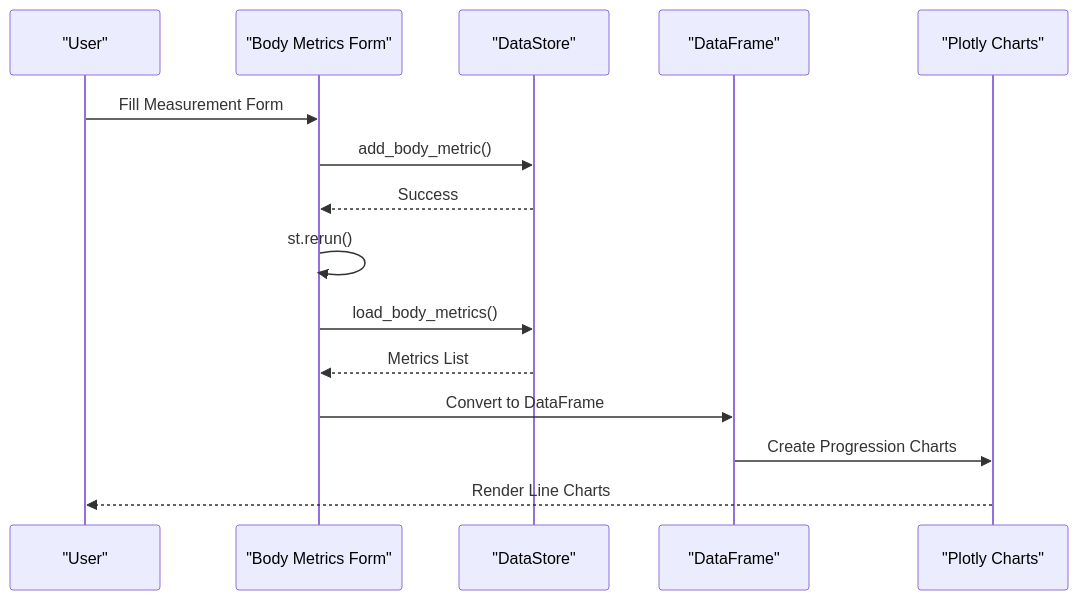
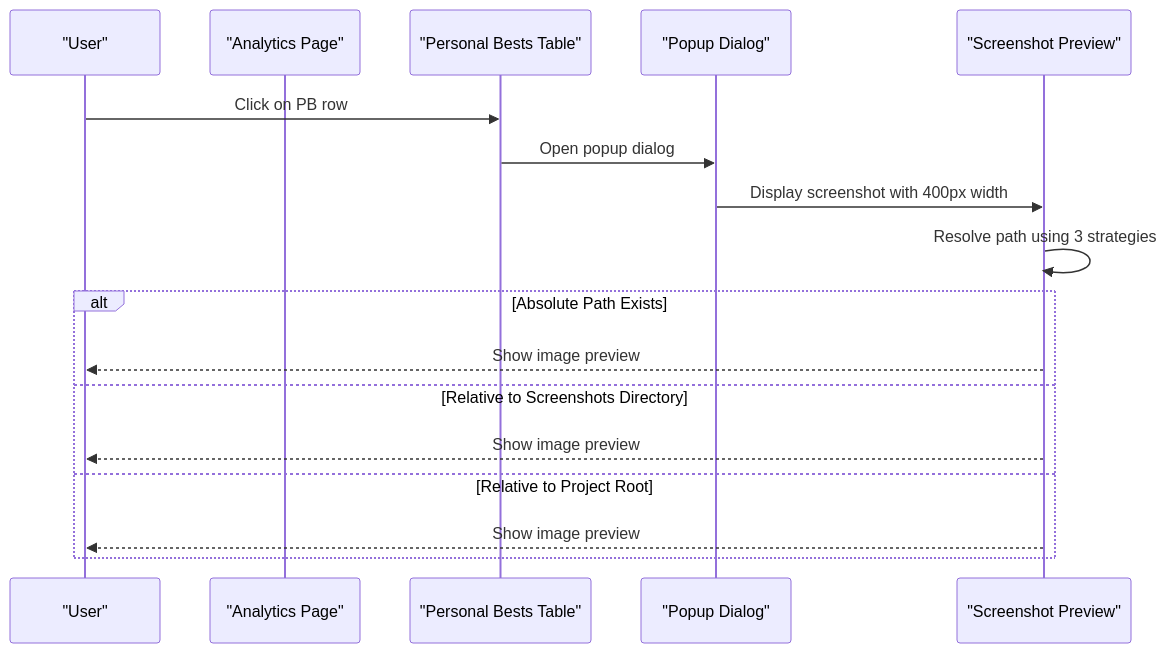
The seventh of 13 diagrams in .qoder/repowiki/en/content/Core Components/Application Controller.md (Johnny22056/SwimingStatus), drawn with Mermaid before and after one commit. The commit also changed other lines of this file and 4 other files, not shown here.

First line of the commit message:
feat: UI modernization - dark theme, KPI cards, chart subtitles, table & button styling

````diff
--- a/.qoder/repowiki/en/content/Core Components/Application Controller.md
+++ b/.qoder/repowiki/en/content/Core Components/Application Controller.md
@@ -292,17 +310,19 @@
 ```mermaid
 sequenceDiagram
 participant User as "User"
-participant Form as "Body Metrics Form"
-participant DS as "DataStore"
-participant DF as "DataFrame"
-participant Plotly as "Plotly Charts"
-User->>Form : Fill Measurement Form
-Form->>DS : add_body_metric()
-DS-->>Form : Success
-Form->>Form : st.rerun()
-Form->>DS : load_body_metrics()
-DS-->>Form : Metrics List
-Form->>DF : Convert to DataFrame
-DF->>Plotly : Create Progression Charts
-Plotly-->>User : Render Line Charts
+participant Analytics as "Analytics Page"
+participant PBTable as "Personal Bests Table"
+participant Dialog as "Popup Dialog"
+participant Screenshot as "Screenshot Preview"
+User->>PBTable : Click on PB row
+PBTable->>Dialog : Open popup dialog
+Dialog->>Screenshot : Display screenshot with 400px width
+Screenshot->>Screenshot : Resolve path using 3 strategies
+alt Absolute Path Exists
+Screenshot-->>User : Show image preview
+else Relative to Screenshots Directory
+Screenshot-->>User : Show image preview
+else Relative to Project Root
+Screenshot-->>User : Show image preview
+end
 ```
````
